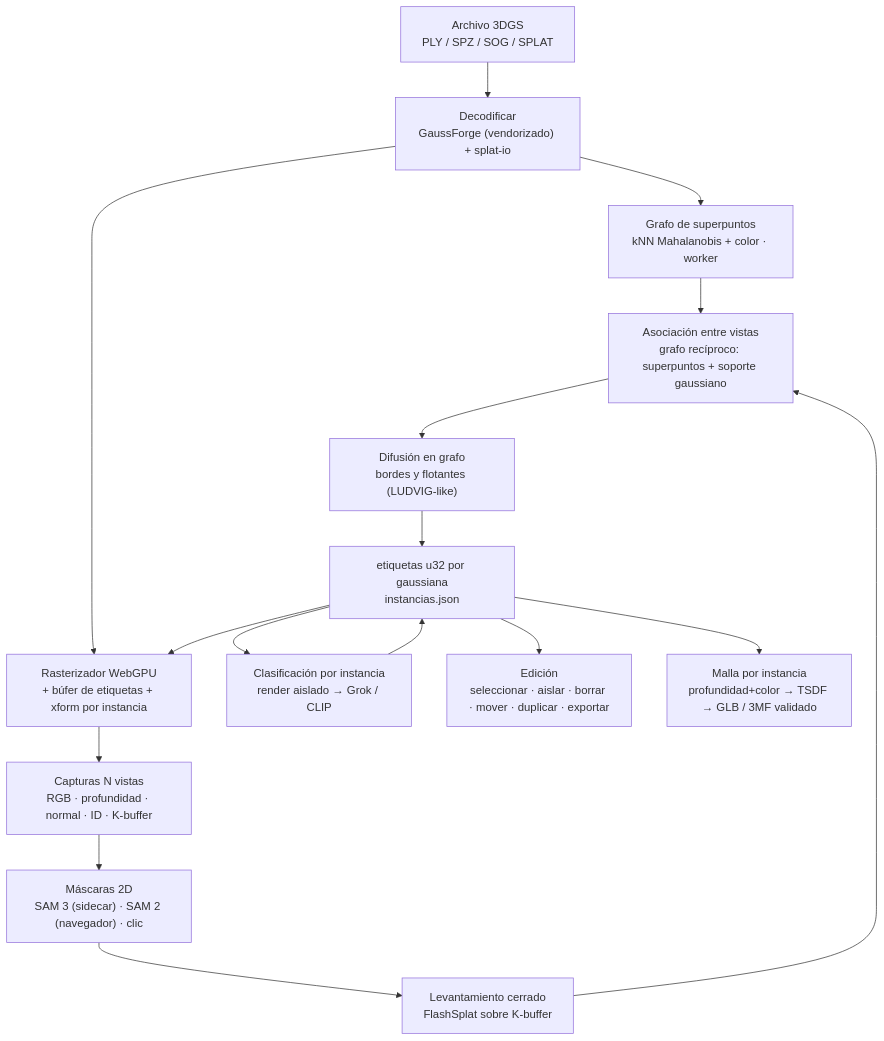
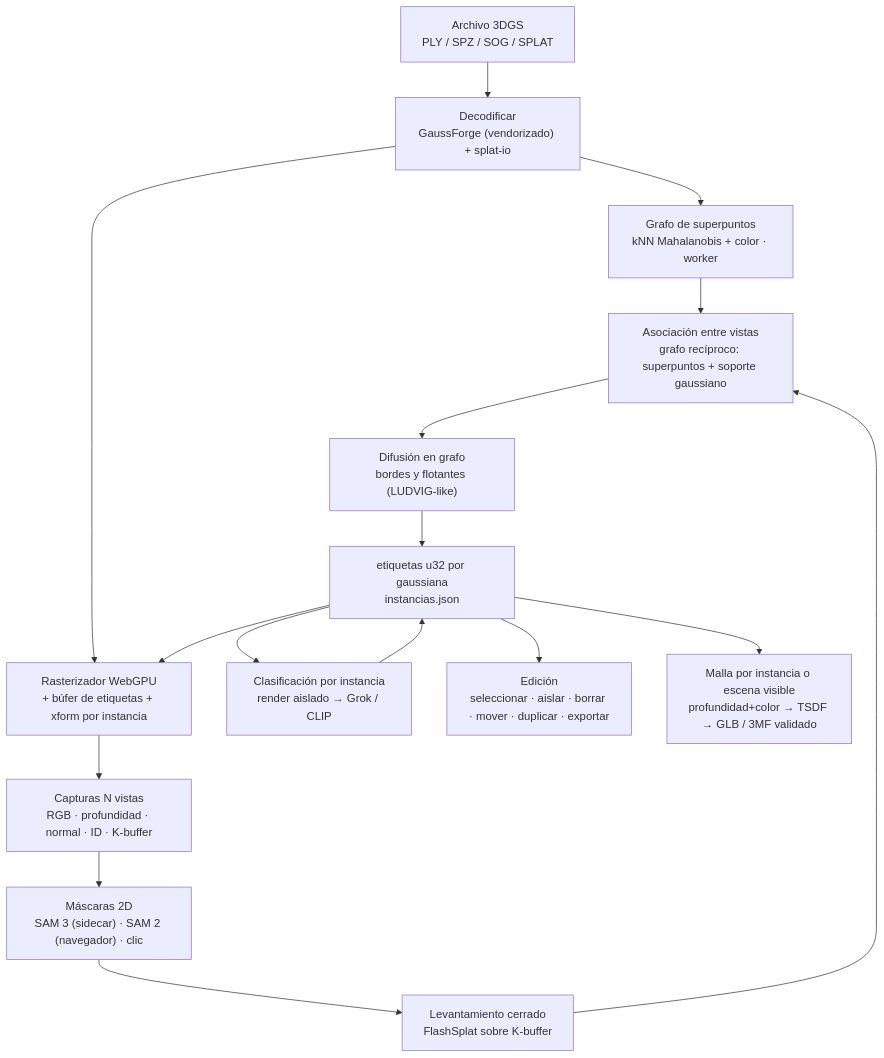
One commit to EdwinKestler/Gaussian-Splatting-WebViewers changed the diagram in docs/plan-segmentacion-edicion-3dgs.md. Above: the diagram before and after it, drawn with Mermaid. The commit also changed other lines of this file and 15 other files, not shown here.

````diff
--- a/docs/plan-segmentacion-edicion-3dgs.md
+++ b/docs/plan-segmentacion-edicion-3dgs.md
@@ -147,18 +147,18 @@
 ```mermaid
 flowchart TD
   A["Archivo 3DGS<br/>PLY / SPZ / SOG / SPLAT"] --> B["Decodificar<br/>GaussForge (vendorizado) + splat-io"]
   B --> C["Grafo de superpuntos<br/>kNN Mahalanobis + color · worker"]
   B --> D["Rasterizador WebGPU<br/>+ búfer de etiquetas + xform por instancia"]
   D --> E["Capturas N vistas<br/>RGB · profundidad · normal · ID · K-buffer"]
   E --> F["Máscaras 2D<br/>SAM 3 (sidecar) · SAM 2 (navegador) · clic"]
   F --> G["Levantamiento cerrado<br/>FlashSplat sobre K-buffer"]
   C --> H["Asociación entre vistas<br/>grafo recíproco: superpuntos + soporte gaussiano"]
   G --> H
   H --> I["Difusión en grafo<br/>bordes y flotantes (LUDVIG-like)"]
   I --> J["etiquetas u32 por gaussiana<br/>instancias.json"]
   J --> D
   J --> K["Clasificación por instancia<br/>render aislado → Grok / CLIP"]
   J --> L["Edición<br/>seleccionar · aislar · borrar · mover · duplicar · exportar"]
-  J --> M["Malla por instancia<br/>profundidad+color → TSDF → GLB / 3MF validado"]
+  J --> M["Malla por instancia o escena visible<br/>profundidad+color → TSDF → GLB / 3MF validado"]
   K --> J
 ```
````
